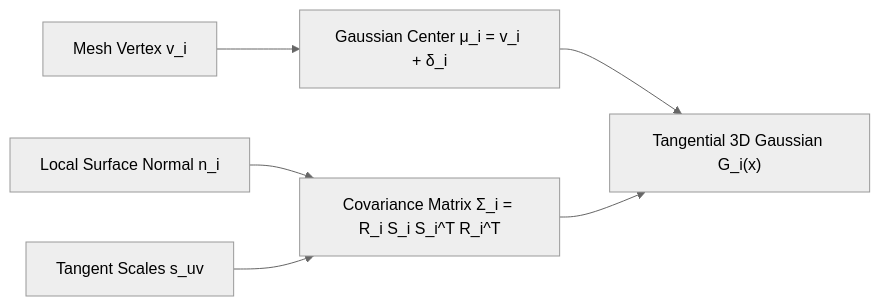
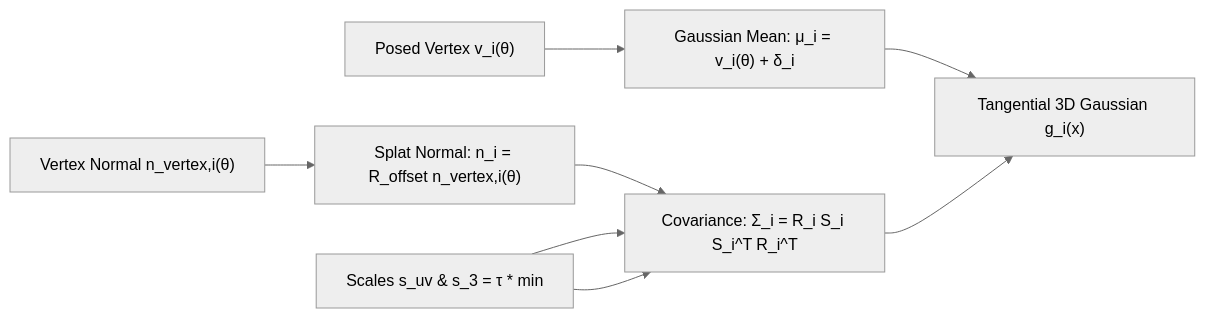
Before and after one commit to TienDat8605/DiffNorm-Contact-HMR: the second of 5 diagrams in documents/md/notes/02_diffnorm_mathematical_foundations.md, drawn with Mermaid (neutral theme). The commit also changed other lines of this file and 16 other files, not shown here.

````diff
--- a/documents/md/notes/02_diffnorm_mathematical_foundations.md
+++ b/documents/md/notes/02_diffnorm_mathematical_foundations.md
@@ -85,8 +77,8 @@
 ```mermaid
 flowchart LR
-    Vert["Mesh Vertex v_i"] --> Center["Gaussian Center μ_i = v_i + δ_i"]
-    Normals["Local Surface Normal n_i"] --> Cov["Covariance Matrix Σ_i = R_i S_i S_i^T R_i^T"]
-    Tangents["Tangent Scales s_uv"] --> Cov
-    Center --> Splat["Tangential 3D Gaussian G_i(x)"]
-    Cov --> Splat
+    MeshV["Posed Vertex v_i(θ)"] --> Mean["Gaussian Mean: μ_i = v_i(θ) + δ_i"]
+    MeshN["Vertex Normal n_vertex,i(θ)"] --> Normal["Splat Normal: n_i = R_offset n_vertex,i(θ)"]
+    Scales["Scales s_uv & s_3 = τ * min"] --> Cov["Covariance: Σ_i = R_i S_i S_i^T R_i^T"]
+    Normal & Scales --> Cov
+    Mean & Cov --> Splat["Tangential 3D Gaussian g_i(x)"]
 ```
````
